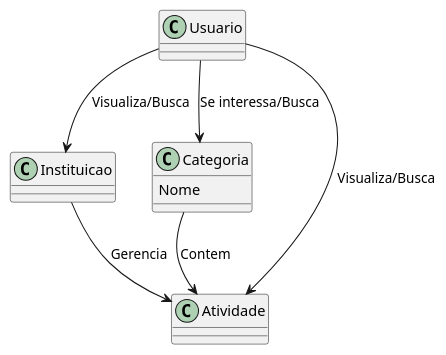
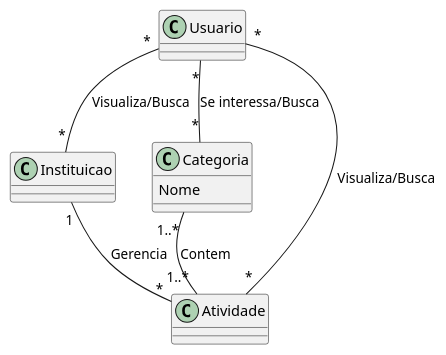
One commit to J-B-Works/Wisp changed the diagram in Modelagem/Diagrama de Classes de Negocio.puml. Above: the diagram before and after it, drawn with PlantUML. The commit also changed 2 other files, not shown here.

Commit message:
chore: fix deployment diagram, use case diagram, business class diagram

```diff
--- a/Modelagem/Diagrama de Classes de Negocio.puml
+++ b/Modelagem/Diagrama de Classes de Negocio.puml
@@ -1,28 +1,28 @@
 @startuml
 
 
 class Usuario {
 }
 
 class Instituicao {
    
 }
 
 class Categoria {
     Nome
 }
 
 class Atividade {
     
 }
 
 ' Relacionamentos
-Instituicao --> Atividade : Gerencia
-Categoria --> Atividade : Contem
+Instituicao "1" -- "*" Atividade : Gerencia
+Categoria "1..*" -- "1..*" Atividade : Contem
 Categoria -[hidden]down- Atividade
-Usuario --> Categoria : Se interessa/Busca
-Usuario --> Atividade : Visualiza/Busca
-Usuario --> Instituicao : Visualiza/Busca
+Usuario "*" -- "*" Categoria : Se interessa/Busca
+Usuario "*" -- "*" Atividade : Visualiza/Busca
+Usuario "*" -- "*" Instituicao : Visualiza/Busca
 
 
 @enduml
```
